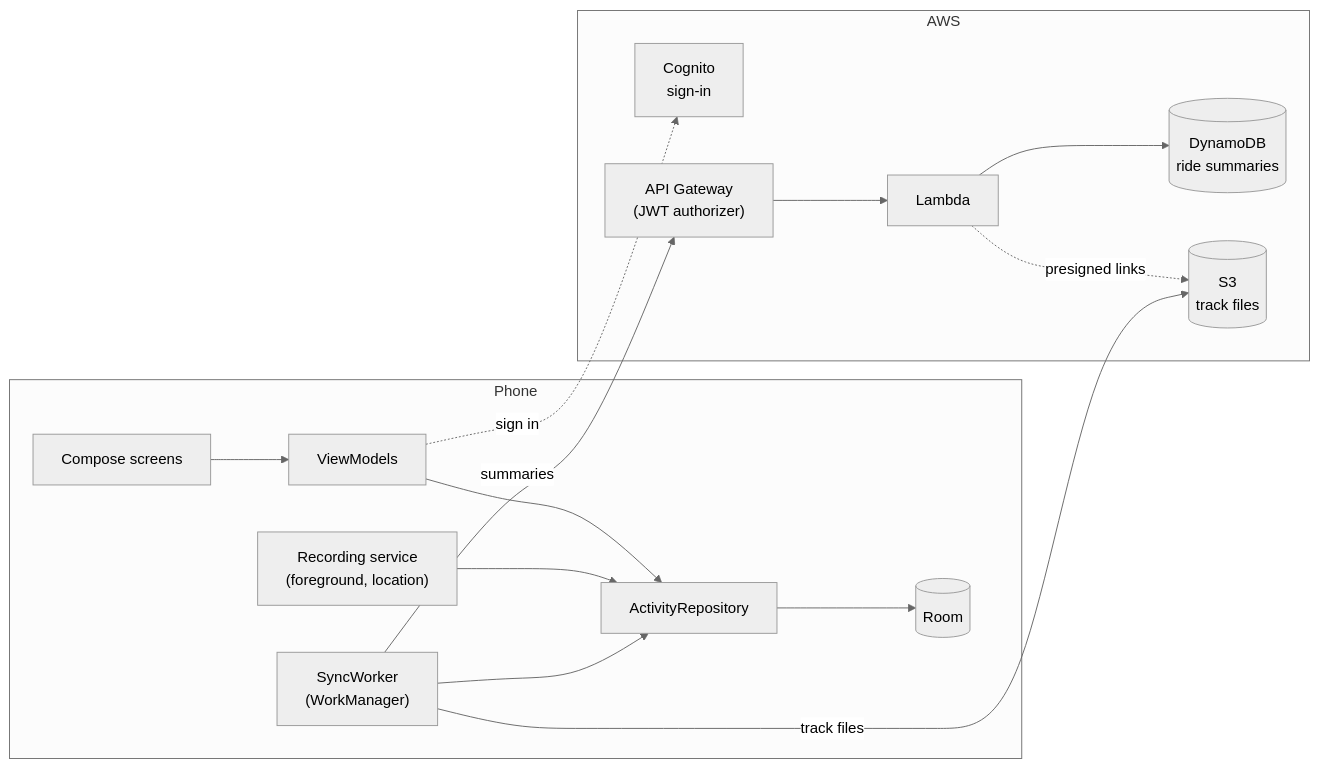
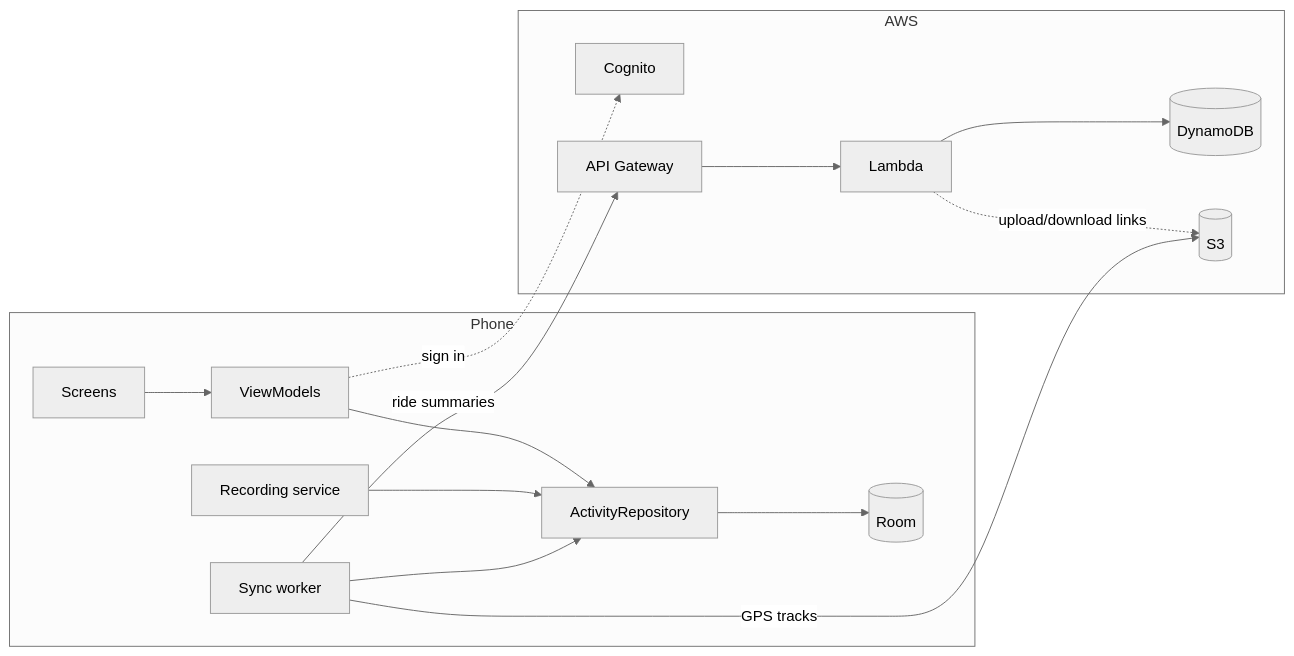
The diagram in README.md (danielbrog/activity-stats), drawn with Mermaid (neutral theme) before and after one commit. The commit also changed other lines of this file and 5 other files, not shown here.

````diff
--- a/README.md
+++ b/README.md
@@ -62,19 +40,19 @@
 ```mermaid
 flowchart LR
     subgraph Phone
-        UI["Compose screens"] --> VM["ViewModels"]
+        UI["Screens"] --> VM["ViewModels"]
         VM --> Repo["ActivityRepository"]
-        Svc["Recording service<br/>(foreground, location)"] --> Repo
+        Svc["Recording service"] --> Repo
         Repo --> DB[("Room")]
-        Worker["SyncWorker<br/>(WorkManager)"] --> Repo
+        Worker["Sync worker"] --> Repo
     end
     subgraph AWS
-        Cognito["Cognito<br/>sign-in"]
-        API["API Gateway<br/>(JWT authorizer)"] --> Lambda["Lambda"]
-        Lambda --> Dynamo[("DynamoDB<br/>ride summaries")]
-        Lambda -. presigned links .-> S3[("S3<br/>track files")]
+        Cognito["Cognito"]
+        API["API Gateway"] --> Lambda["Lambda"]
+        Lambda --> Dynamo[("DynamoDB")]
+        Lambda -. upload/download links .-> S3[("S3")]
     end
     VM -. sign in .-> Cognito
-    Worker -- "summaries" --> API
-    Worker -- "track files" --> S3
+    Worker -- "ride summaries" --> API
+    Worker -- "GPS tracks" --> S3
 ```
````
